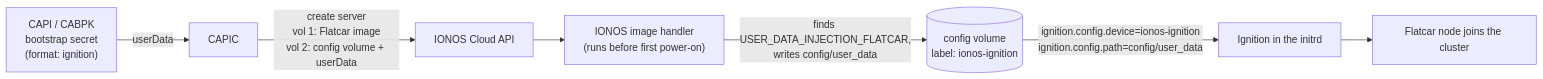
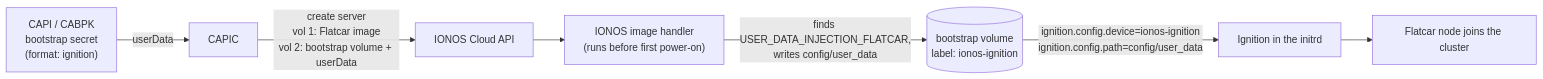
The first of 3 diagrams in docs/flatcar-ignition-design.md (ionos-cloud/cluster-api-provider-ionoscloud), drawn with Mermaid before and after one commit. The commit also changed other lines of this file and 1 other file, not shown here.

Commit message:
docs: use "bootstrap volume" consistently, drop internal links, fix outdated statements

````diff
--- a/docs/flatcar-ignition-design.md
+++ b/docs/flatcar-ignition-design.md
@@ -28,9 +28,9 @@
 ```mermaid
 flowchart LR
     CAPI["CAPI / CABPK<br/>bootstrap secret<br/>(format: ignition)"] -->|userData| CAPIC
-    CAPIC -->|"create server<br/>vol 1: Flatcar image<br/>vol 2: config volume + userData"| API[IONOS Cloud API]
+    CAPIC -->|"create server<br/>vol 1: Flatcar image<br/>vol 2: bootstrap volume + userData"| API[IONOS Cloud API]
     API --> INJ["IONOS image handler<br/>(runs before first power-on)"]
-    INJ -->|"finds USER_DATA_INJECTION_FLATCAR,<br/>writes config/user_data"| VOL2[("config volume<br/>label: ionos-ignition")]
+    INJ -->|"finds USER_DATA_INJECTION_FLATCAR,<br/>writes config/user_data"| VOL2[("bootstrap volume<br/>label: ionos-ignition")]
     VOL2 -->|"ignition.config.device=ionos-ignition<br/>ignition.config.path=config/user_data"| IGN[Ignition in the initrd]
     IGN --> NODE[Flatcar node joins the cluster]
 ```
````
